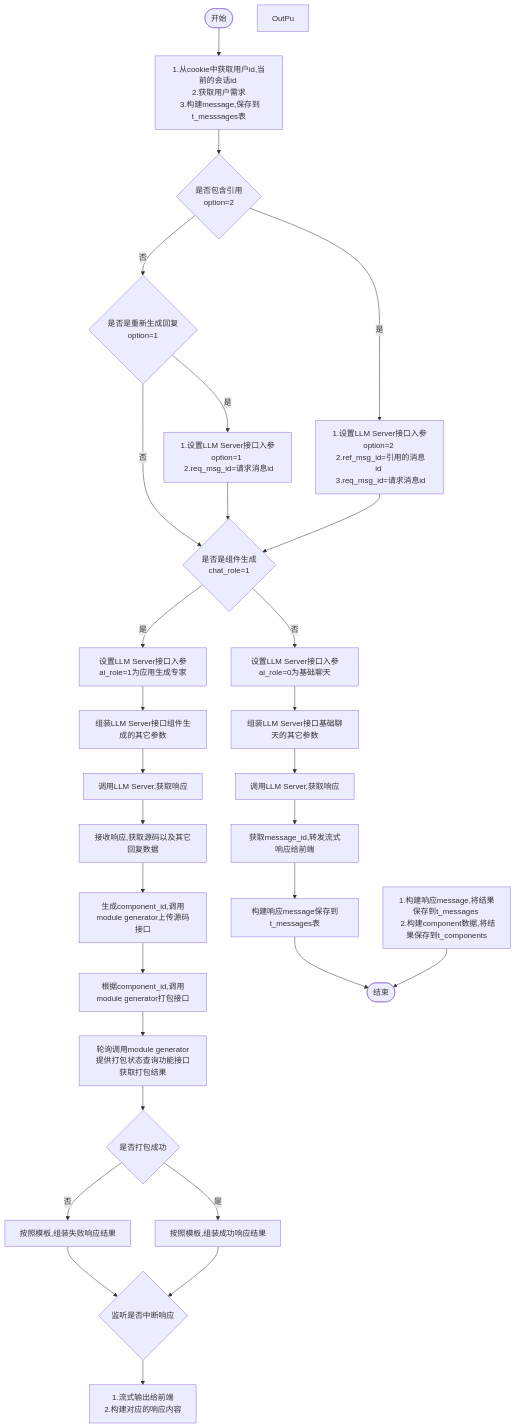
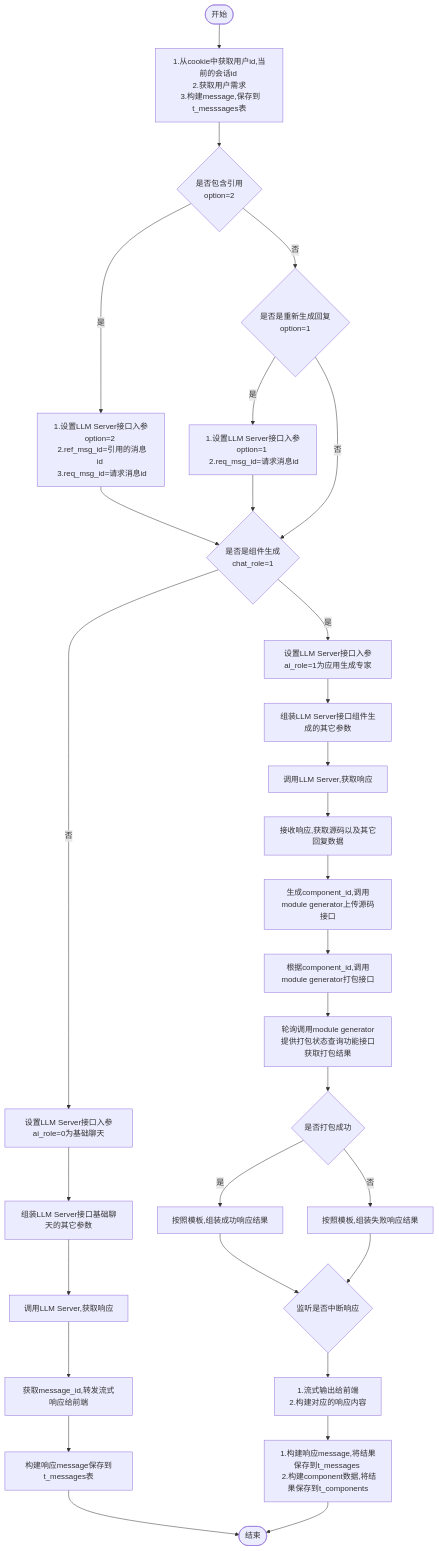
Before and after one commit to yingjianzh/iodraw-files: the diagram in all/w3-会话-不需要传递message.md, drawn with Mermaid.

Commit message:
2024-10-15 15:14:36 update

````diff
--- a/all/w3-会话-不需要传递message.md
+++ b/all/w3-会话-不需要传递message.md
@@ -1,37 +1,37 @@
 ```mermaid
 flowchart TD
     A([开始]) --> B[1.从cookie中获取用户id,当前的会话id \n 2.获取用户需求 \n 3.构建message,保存到t_messsages表]
     B--> D{是否包含引用 \n option=2}
     D -- 是 --> E[1.设置LLM Server接口入参option=2 \n 2.ref_msg_id=引用的消息id \n 3.req_msg_id=请求消息id]
     D -- 否 --> F{是否是重新生成回复\n option=1}
     F -- 是 --> G[1.设置LLM Server接口入参option=1 \n 2.req_msg_id=请求消息id]
     F -- 否 --> I
      
     E & G --> I{是否是组件生成 \n chat_role=1}
     I -- 否 --> K[设置LLM Server接口入参ai_role=0为基础聊天]
     I -- 是 --> J[设置LLM Server接口入参ai_role=1为应用生成专家]
     
 
     J --> L[组装LLM Server接口组件生成的其它参数]    
     K --> M[组装LLM Server接口基础聊天的其它参数]    
     M --> N[调用LLM Server,获取响应]    
     N --> O[获取message_id,转发流式响应给前端]
     O --> P[构建响应message保存到t_messages表]
     P --> R([结束])
 
 
     L --> S[调用LLM Server,获取响应]
     S --> T[接收响应,获取源码以及其它回复数据]
     T --> U[生成component_id,调用module generator上传源码接口]
     U --> V[根据component_id,调用module generator打包接口]
     V --> W[轮询调用module generator提供打包状态查询功能接口获取打包结果]
     W --> X{是否打包成功}
     X -- 是 --> Y[按照模板,组装成功响应结果]
     X -- 否 --> Z[按照模板,组装失败响应结果]
     Y & Z --> Done{监听是否中断响应}
     Done --> OutPut[1.流式输出给前端 \n 2.构建对应的响应内容]
-    OutPu
+    OutPut --> 
 
     Result[1.构建响应message,将结果保存到t_messages \n 2.构建component数据,将结果保存到t_components]
     Result --> R
 ```
````
